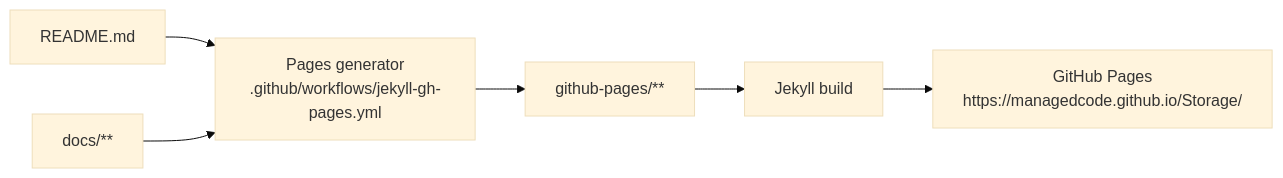
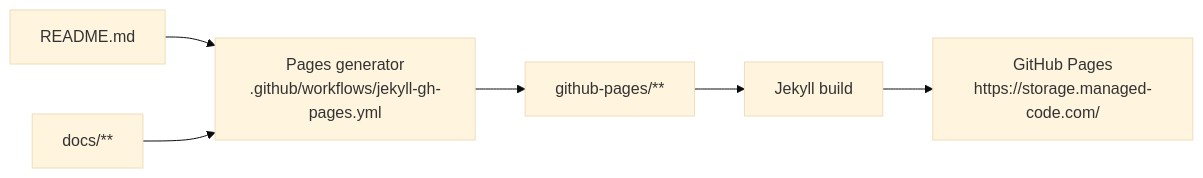
Before and after one commit to managedcode/Storage: the diagram in docs/Development/seo-audit-github-pages.md, drawn with Mermaid (base theme). The commit also changed other lines of this file, not shown here.

````diff
--- a/docs/Development/seo-audit-github-pages.md
+++ b/docs/Development/seo-audit-github-pages.md
@@ -9,8 +9,8 @@
 ```mermaid
 flowchart LR
   README[README.md] --> Gen[Pages generator<br/>.github/workflows/jekyll-gh-pages.yml]
   Docs[docs/**] --> Gen
   Gen --> SiteSrc[github-pages/**]
   SiteSrc --> Jekyll[Jekyll build]
-  Jekyll --> Pages[GitHub Pages<br/>https://managedcode.github.io/Storage/]
+  Jekyll --> Pages[GitHub Pages<br/>https://storage.managed-code.com/]
 ```
````
